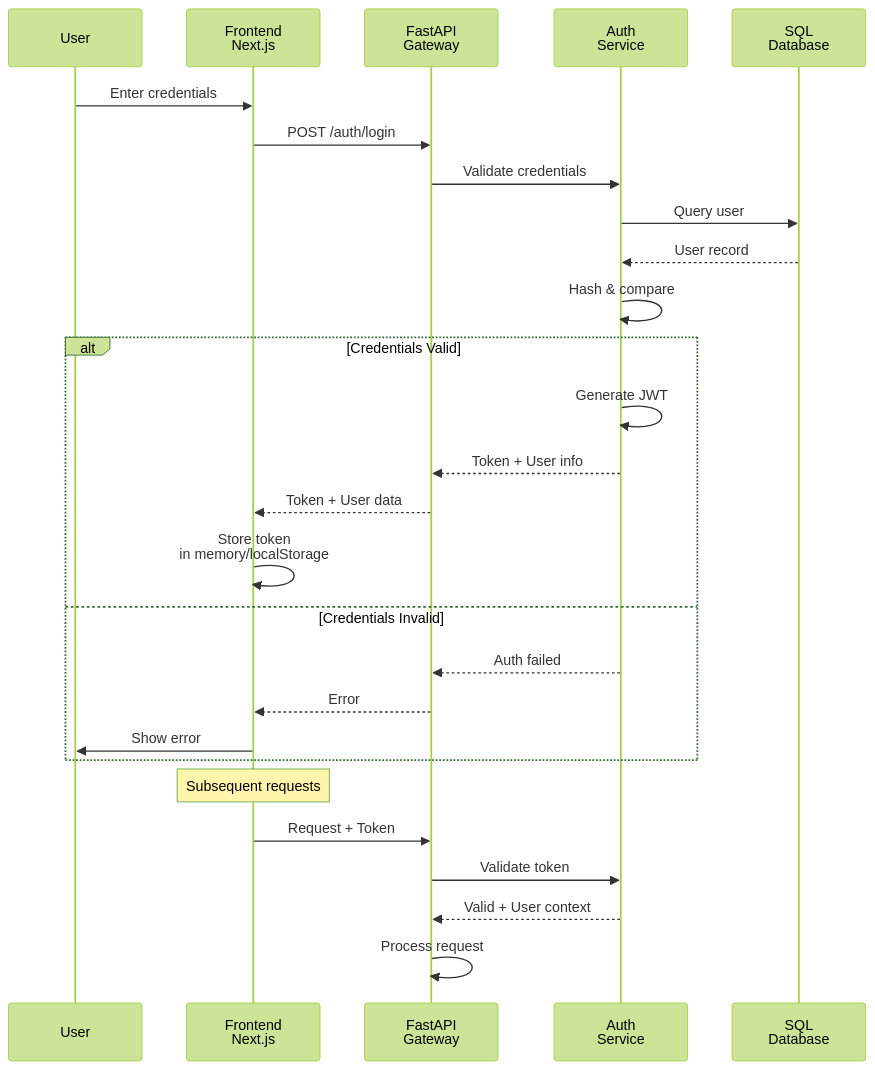
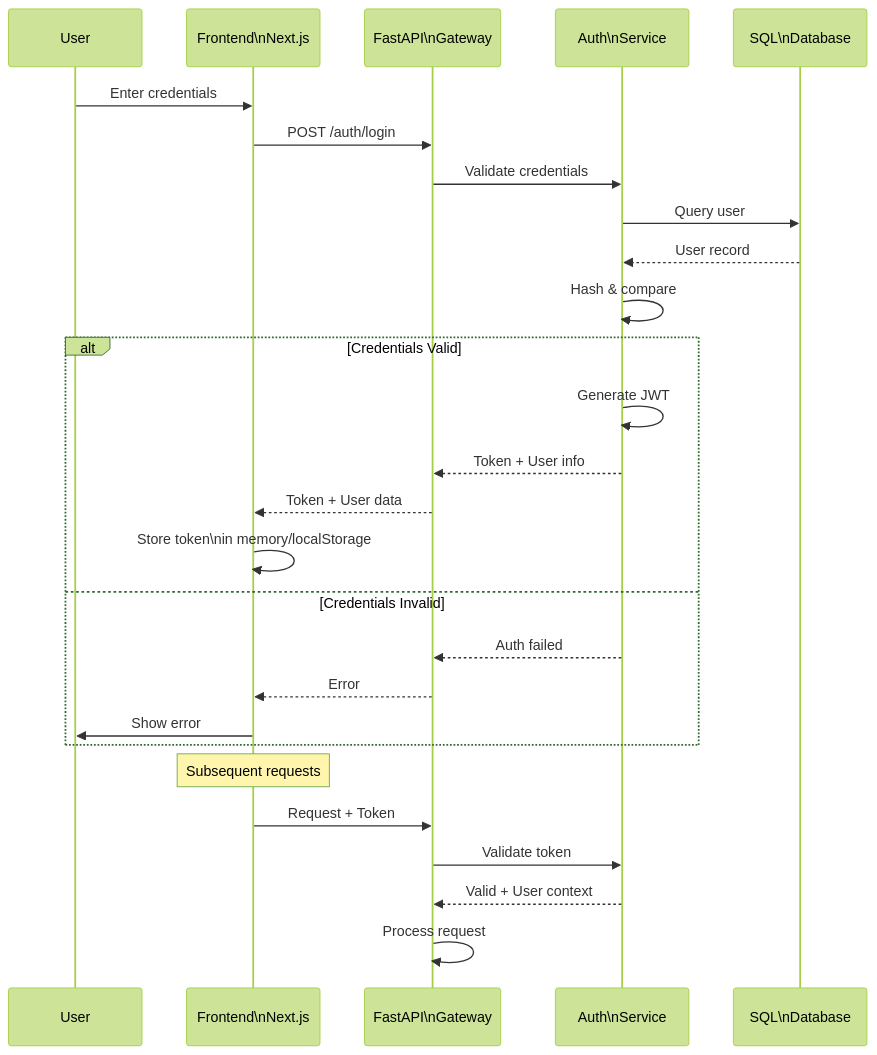
Before and after one commit to thiachan/agent: diagram 11 of 19 in REFERENCE_ARCHITECTURE.md, drawn with Mermaid (forest theme). The commit also changed other lines of this file and 40 other files, not shown here.

````diff
--- a/REFERENCE_ARCHITECTURE.md
+++ b/REFERENCE_ARCHITECTURE.md
@@ -489,31 +489,31 @@
 ```mermaid
 sequenceDiagram
     participant User
-    participant Frontend as Frontend<br/>Next.js
-    participant API as FastAPI<br/>Gateway
-    participant Auth as Auth<br/>Service
-    participant DB as SQL<br/>Database
+    participant Frontend as Frontend\nNext.js
+    participant API as FastAPI\nGateway
+    participant Auth as Auth\nService
+    participant DB as SQL\nDatabase
     
     User->>Frontend: Enter credentials
     Frontend->>API: POST /auth/login
     API->>Auth: Validate credentials
     Auth->>DB: Query user
     DB-->>Auth: User record
     Auth->>Auth: Hash & compare
     Alt Credentials Valid
         Auth->>Auth: Generate JWT
         Auth-->>API: Token + User info
         API-->>Frontend: Token + User data
-        Frontend->>Frontend: Store token<br/>in memory/localStorage
+        Frontend->>Frontend: Store token\nin memory/localStorage
     Else Credentials Invalid
         Auth-->>API: Auth failed
         API-->>Frontend: Error
         Frontend->>User: Show error
     End
     
     Note over Frontend: Subsequent requests
     Frontend->>API: Request + Token
     API->>Auth: Validate token
     Auth-->>API: Valid + User context
     API->>API: Process request
 ```
````
